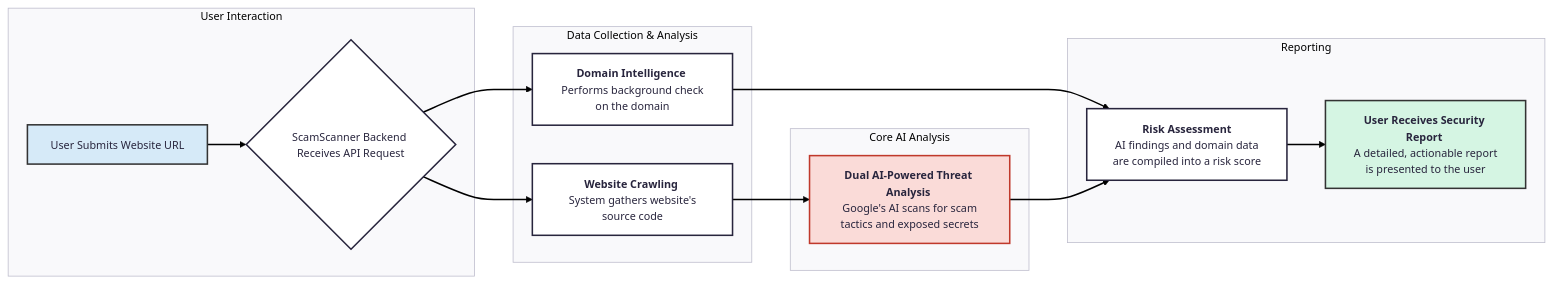
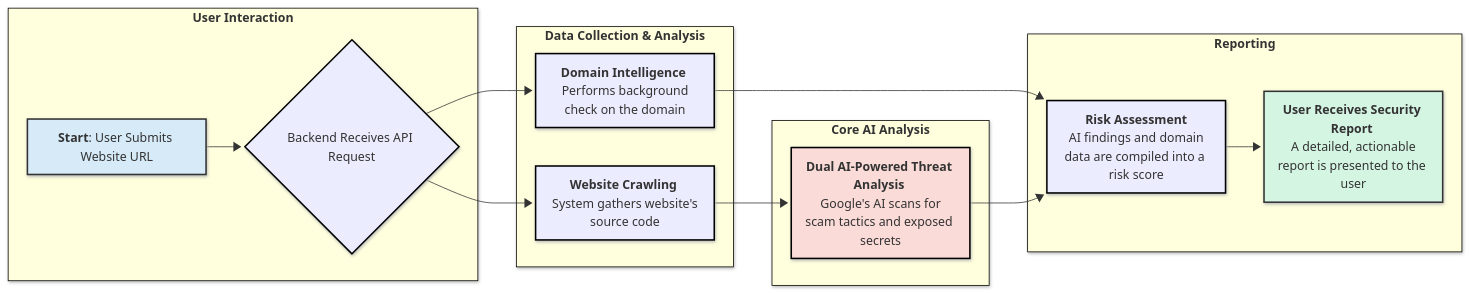
One commit to jobrien516/ScamScanner changed the diagram in README.md. Above: the diagram before and after it, drawn with Mermaid.

````diff
--- a/README.md
+++ b/README.md
@@ -17,36 +17,45 @@
 ```mermaid
 ---
 config:
-  theme: redux
+  theme: default
   layout: dagre
+  look: neo
 ---
-
 flowchart LR
- subgraph subGraph0["User Interaction"]
-        B{"ScamScanner Backend Receives API Request"}
-        A["User Submits Website URL"]
+ subgraph subGraph0["<b>User Interaction</b>"]
+        B{"Backend Receives API Request"}
+        A["<b>Start</b>: User Submits Website URL"]
   end
- subgraph subGraph1["Data Collection & Analysis"]
+ subgraph subGraph1["<b>Data Collection &amp; Analysis</b>"]
         C@{ label: "<b>Website Crawling</b> <br> System gathers website's source code" }
         D["<b>Domain Intelligence</b> <br> Performs background check on the domain"]
   end
- subgraph subGraph2["Core AI Analysis"]
+ subgraph subGraph2["<b>Core AI Analysis</b>"]
         E@{ label: "<b>Dual AI-Powered Threat Analysis</b> <br> Google's AI scans for scam tactics and exposed secrets" }
   end
- subgraph Reporting["Reporting"]
+ subgraph Reporting["<b>Reporting</b>"]
         F["<b>Risk Assessment</b><br> AI findings and domain data are compiled into a risk score"]
         G["<b>User Receives Security Report</b> <br> A detailed, actionable report is presented to the user"]
   end
     A --> B
     B --> C & D
     C --> E
     D --> F
     E --> F
     F --> G
     C@{ shape: rect}
     D@{ shape: rect}
     E@{ shape: rect}
-    style A fill:#D6EAF8,stroke:#333,stroke-width:2px
-    style E fill:#FADBD8,stroke:#C0392B,stroke-width:2px
+    style B stroke-width:2px,stroke-dasharray: 0,stroke:#000000
+    style A fill:#D6EAF8,stroke:#333,stroke-width:2px,stroke-dasharray: 0
+    style C stroke:#000000,stroke-width:2px,stroke-dasharray: 0
+    style D stroke-width:2px,stroke-dasharray: 0,stroke:#000000
+    style E fill:#FADBD8,stroke:#000000,stroke-width:2px,stroke-dasharray: 0
+    style F stroke:#000000,stroke-width:2px,stroke-dasharray: 0
     style G fill:#D5F5E3,stroke:#333,stroke-width:2px
+    style subGraph0 stroke:#000000
+    style subGraph1 stroke:#000000
+    style subGraph2 stroke:#000000
+    style Reporting stroke:#000000
+
 ```
````
